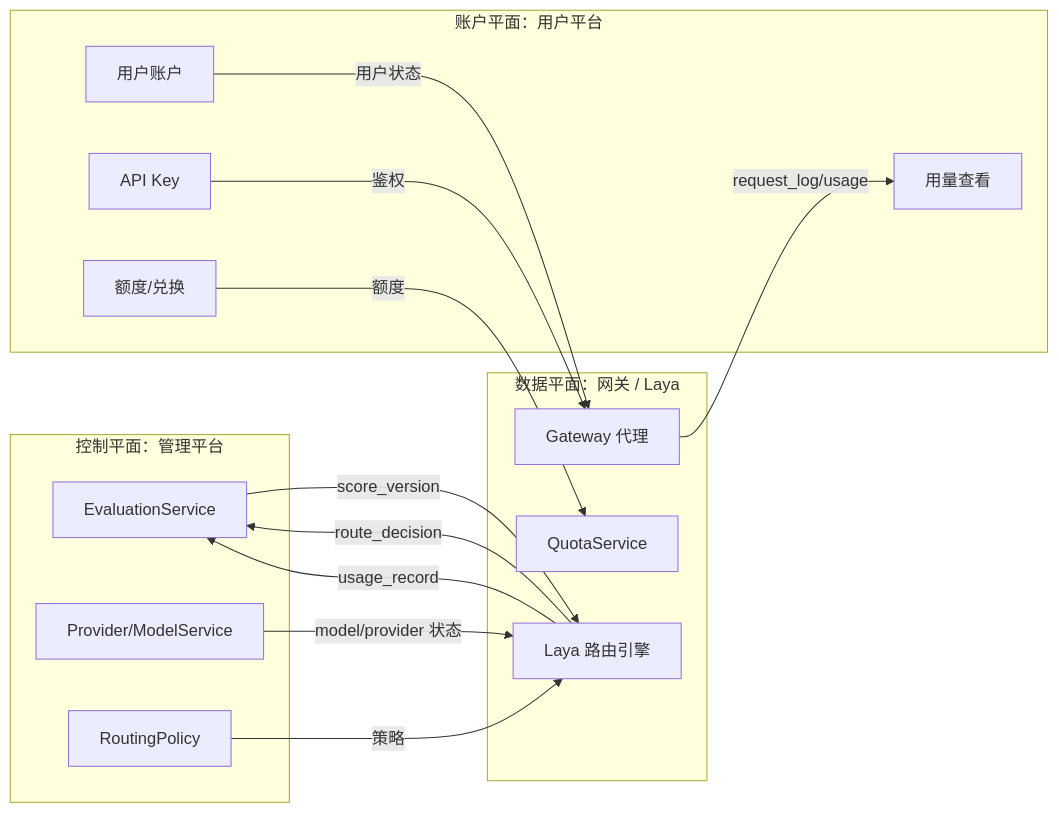
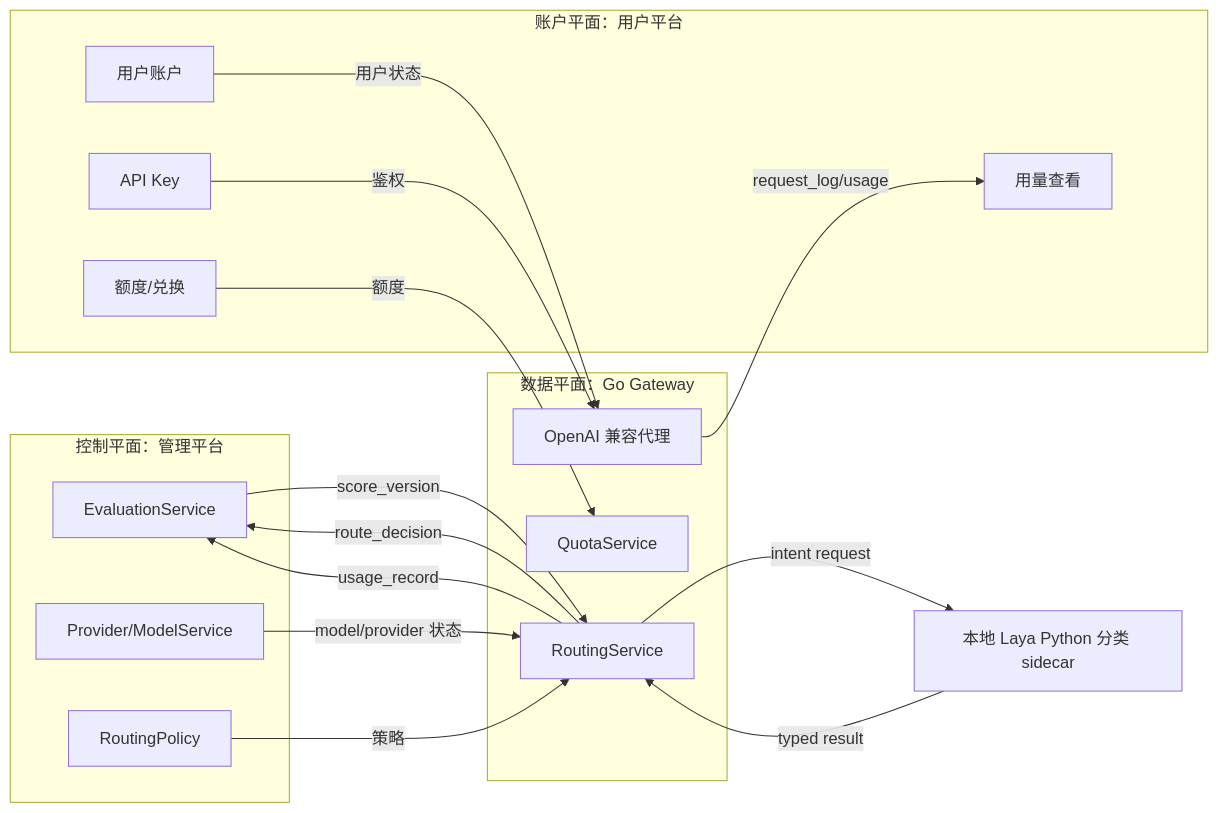
One commit to hchw/slogan changed the first of 10 diagrams in docs/detailed-design.md. Above: the diagram before and after it, drawn with Mermaid. The commit also changed other lines of this file and 126 other files, not shown here.

````diff
--- a/docs/detailed-design.md
+++ b/docs/detailed-design.md
@@ -127,28 +130,31 @@
 ```mermaid
 flowchart LR
     subgraph CP[控制平面：管理平台]
       E[EvaluationService]
       P[Provider/ModelService]
       R[RoutingPolicy]
     end
-    subgraph DP[数据平面：网关 / Laya]
-      L[Laya 路由引擎]
-      G[Gateway 代理]
+    subgraph DP[数据平面：Go Gateway]
+      L[RoutingService]
+      G[OpenAI 兼容代理]
       Q[QuotaService]
     end
+    LC[本地 Laya Python 分类 sidecar]
     subgraph UP[账户平面：用户平台]
       U[用户账户]
       K[API Key]
       W[额度/兑换]
       V[用量查看]
     end
     E -- score_version --> L
     P -- model/provider 状态 --> L
     R -- 策略 --> L
+    L -- intent request --> LC
+    LC -- typed result --> L
     L -- route_decision --> E
     L -- usage_record --> E
     U -- 用户状态 --> G
     K -- 鉴权 --> G
     W -- 额度 --> Q
     G -- request_log/usage --> V
 ```
````
